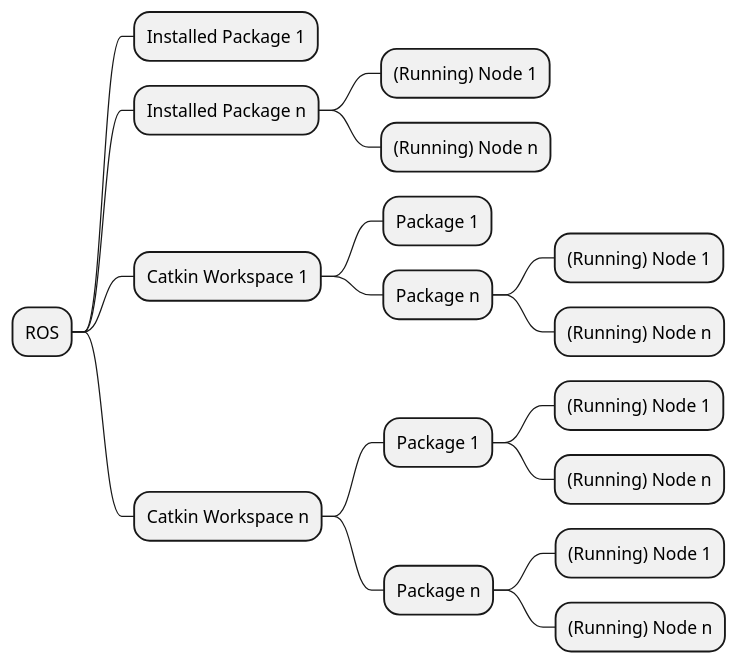
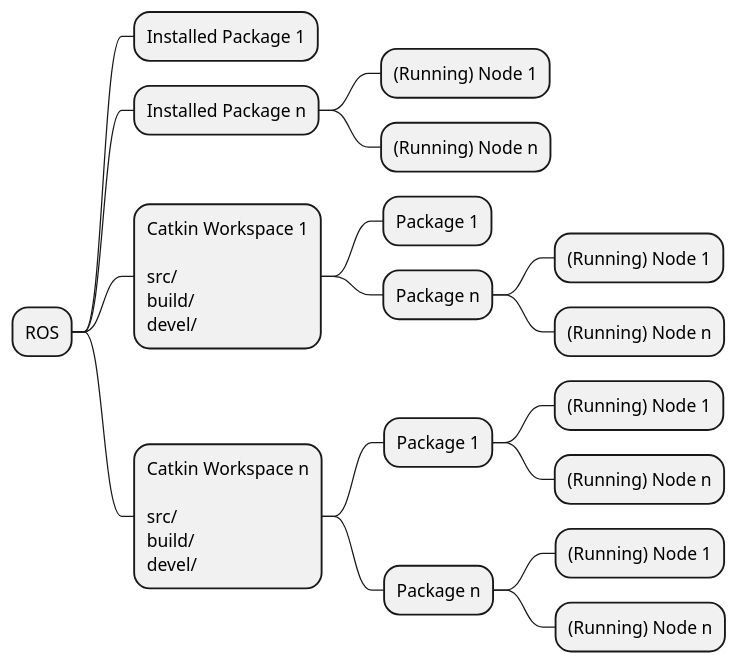
The diagram in assets/ros-2.puml (himanshugarg/himanshugarg.github.io), drawn with PlantUML before and after one commit. The commit also changed 1 other file, not shown here.

```diff
--- a/assets/ros-2.puml
+++ b/assets/ros-2.puml
@@ -1,19 +1,19 @@
 @startmindmap
 * ROS
 ** Installed Package 1
 ** Installed Package n
 *** (Running) Node 1
 *** (Running) Node n
-** Catkin Workspace 1
+** Catkin Workspace 1\n\nsrc/\nbuild/\ndevel/
 *** Package 1
 *** Package n
 **** (Running) Node 1
 **** (Running) Node n
-** Catkin Workspace n
+** Catkin Workspace n\n\nsrc/\nbuild/\ndevel/
 *** Package 1
 **** (Running) Node 1
 **** (Running) Node n
 *** Package n
 **** (Running) Node 1
 **** (Running) Node n
 @endmindmap
```
